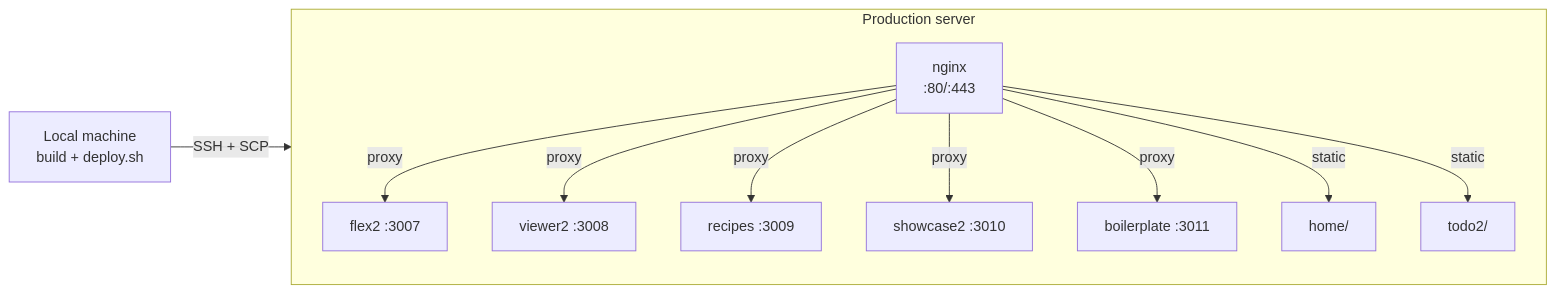
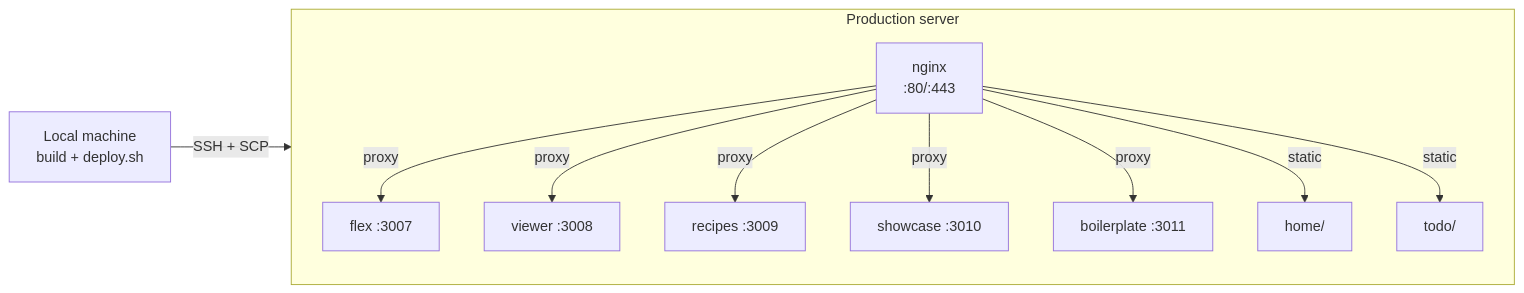
Before and after one commit to jeanbaptiste/webmcp-auto-ui: the first of 2 diagrams in docs-site/src/content/docs/en/guide/deploy.mdx, drawn with Mermaid. The commit also changed other lines of this file and 131 other files, not shown here.

````diff
--- a/docs-site/src/content/docs/en/guide/deploy.mdx
+++ b/docs-site/src/content/docs/en/guide/deploy.mdx
@@ -23,14 +23,14 @@
 ```mermaid
 graph LR
     DEV[Local machine<br/>build + deploy.sh] -->|SSH + SCP| SERVER[demo.hyperskills.net]
 
     subgraph SERVER["Production server"]
-        NGINX[nginx<br/>:80/:443] -->|proxy| FLEX[flex2 :3007]
-        NGINX -->|proxy| VIEWER[viewer2 :3008]
+        NGINX[nginx<br/>:80/:443] -->|proxy| FLEX[flex :3007]
+        NGINX -->|proxy| VIEWER[viewer :3008]
         NGINX -->|proxy| RECIPES[recipes :3009]
-        NGINX -->|proxy| SHOWCASE[showcase2 :3010]
+        NGINX -->|proxy| SHOWCASE[showcase :3010]
         NGINX -->|proxy| BOILER[boilerplate :3011]
         NGINX -->|static| HOME[home/]
-        NGINX -->|static| TODO[todo2/]
+        NGINX -->|static| TODO[todo/]
     end
 ```
````
